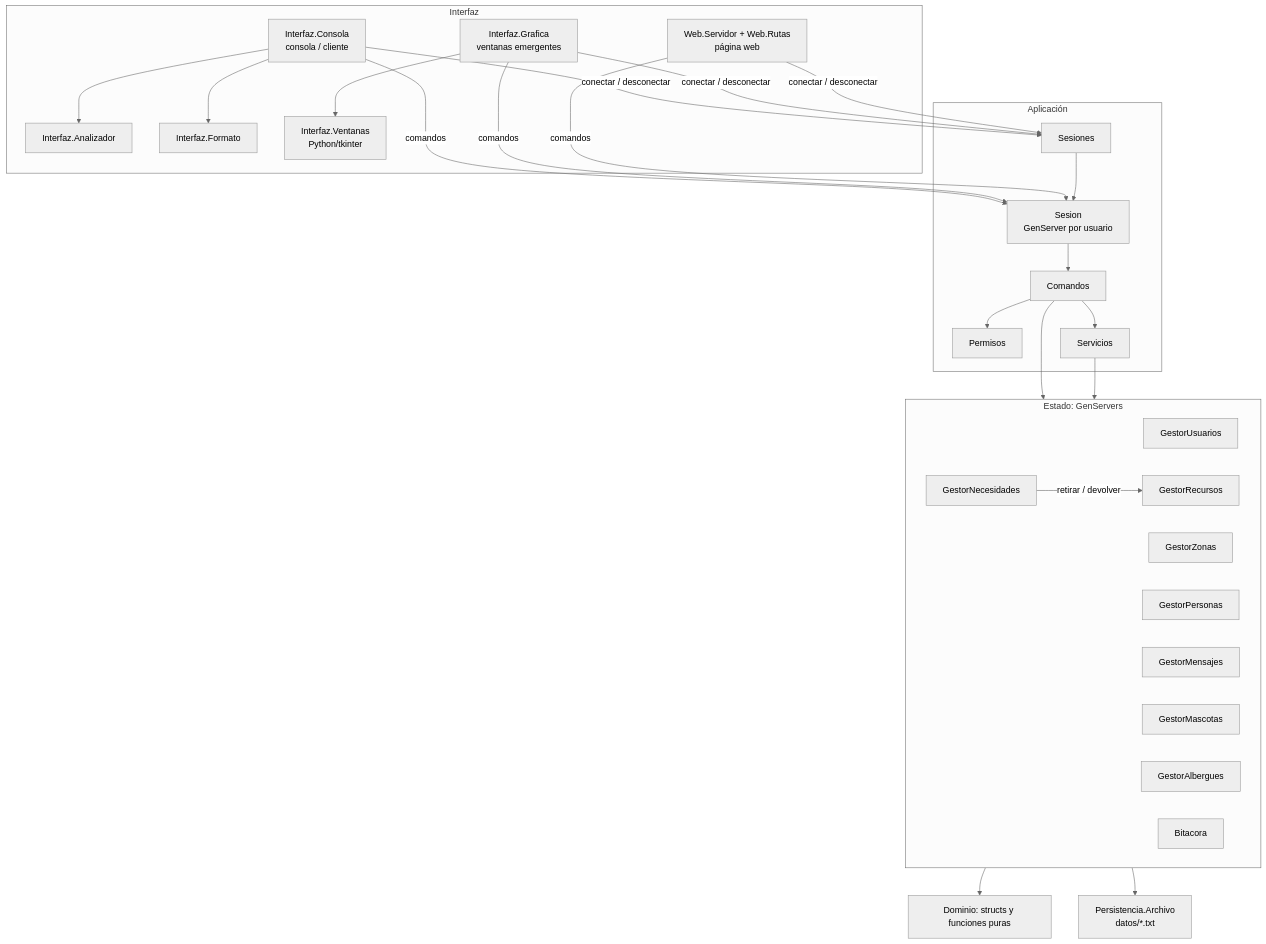
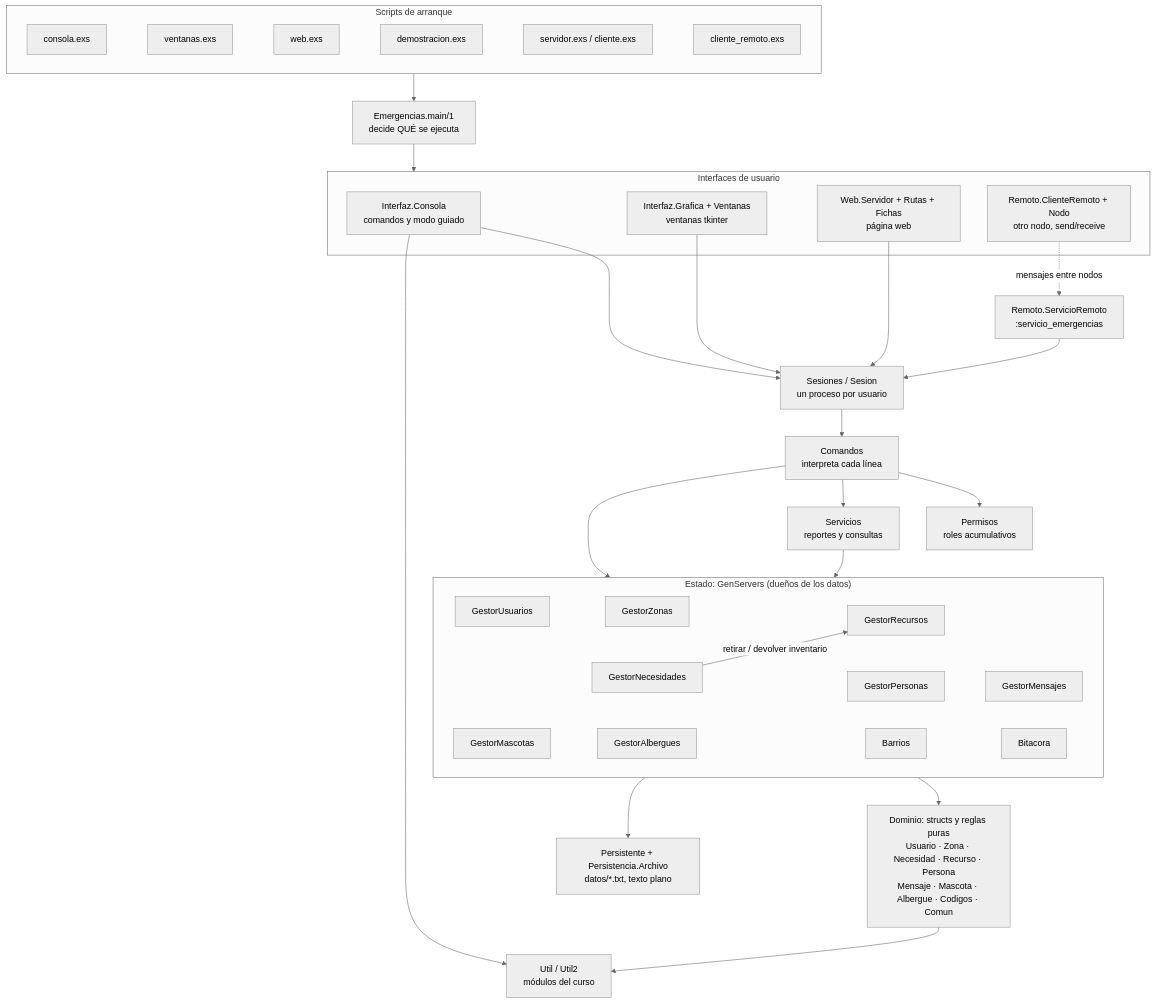
The first of 4 diagrams in README.md (Joans-sebastian/proyecto-final-emergencias), drawn with Mermaid (neutral theme) before and after one commit. The commit also changed other lines of this file, not shown here.

Commit message:
Actualizar diagramas del README

````diff
--- a/README.md
+++ b/README.md
@@ -209,26 +209,34 @@
 ```mermaid
 flowchart TB
-  subgraph Interfaz
-    CLI[Interfaz.Consola<br/>consola / cliente] --> Analizador[Interfaz.Analizador]
-    CLI --> Formato[Interfaz.Formato]
-    GRA[Interfaz.Grafica<br/>ventanas emergentes] --> VEN[Interfaz.Ventanas<br/>Python/tkinter]
-    WEB[Web.Servidor + Web.Rutas<br/>página web]
+  subgraph Entrada["Scripts de arranque"]
+    direction LR
+    SC[consola.exs] ~~~ SV[ventanas.exs] ~~~ SW[web.exs] ~~~ SD[demostracion.exs] ~~~ SS[servidor.exs / cliente.exs] ~~~ SR[cliente_remoto.exs]
   end
-  CLI & GRA & WEB -- conectar / desconectar --> Sesiones
-  CLI & GRA & WEB -- comandos --> Sesion
-  subgraph Aplicación
-    Sesiones[Sesiones] --> Sesion[Sesion<br/>GenServer por usuario]
-    Sesion --> Comandos
-    Comandos --> Permisos
-    Comandos --> Servicios
+  Entrada --> MAIN[Emergencias.main/1<br/>decide QUÉ se ejecuta]
+  subgraph Interfaces["Interfaces de usuario"]
+    CLI[Interfaz.Consola<br/>comandos y modo guiado]
+    GUI[Interfaz.Grafica + Ventanas<br/>ventanas tkinter]
+    WEB[Web.Servidor + Rutas + Fichas<br/>página web]
+    REM[Remoto.ClienteRemoto + Nodo<br/>otro nodo, send/receive]
   end
-  subgraph Estado[Estado: GenServers]
-    GU[GestorUsuarios] & GZ[GestorZonas] & GR[GestorRecursos] & GN[GestorNecesidades]
-    GP[GestorPersonas] & GM[GestorMensajes] & GMa[GestorMascotas] & GA[GestorAlbergues] & B[Bitacora]
+  MAIN --> Interfaces
+  REM -.->|mensajes entre nodos| SRV[Remoto.ServicioRemoto<br/>:servicio_emergencias]
+  CLI & GUI & WEB --> SES[Sesiones / Sesion<br/>un proceso por usuario]
+  SRV --> SES
+  SES --> CMD[Comandos<br/>interpreta cada línea]
+  CMD --> PER[Permisos<br/>roles acumulativos]
+  CMD --> SER[Servicios<br/>reportes y consultas]
+  subgraph Estado["Estado: GenServers (dueños de los datos)"]
+    direction LR
+    GU[GestorUsuarios] ~~~ GZ[GestorZonas] ~~~ GR[GestorRecursos]
+    GN[GestorNecesidades] ~~~ GP[GestorPersonas] ~~~ GM[GestorMensajes]
+    GMa[GestorMascotas] ~~~ GA[GestorAlbergues] ~~~ BA[Barrios] ~~~ BI[Bitacora]
   end
-  Comandos --> Estado
-  Servicios --> Estado
-  GN -- retirar / devolver --> GR
-  Estado --> Dominio[Dominio: structs y funciones puras]
-  Estado --> Archivo[Persistencia.Archivo<br/>datos/*.txt]
+  CMD --> Estado
+  SER --> Estado
+  GN -- retirar / devolver inventario --> GR
+  Estado --> DOM[Dominio: structs y reglas puras<br/>Usuario · Zona · Necesidad · Recurso · Persona<br/>Mensaje · Mascota · Albergue · Codigos · Comun]
+  Estado --> PERS[Persistente + Persistencia.Archivo<br/>datos/*.txt, texto plano]
+  DOM --> UTIL[Util / Util2<br/>módulos del curso]
+  CLI --> UTIL
 ```
````
